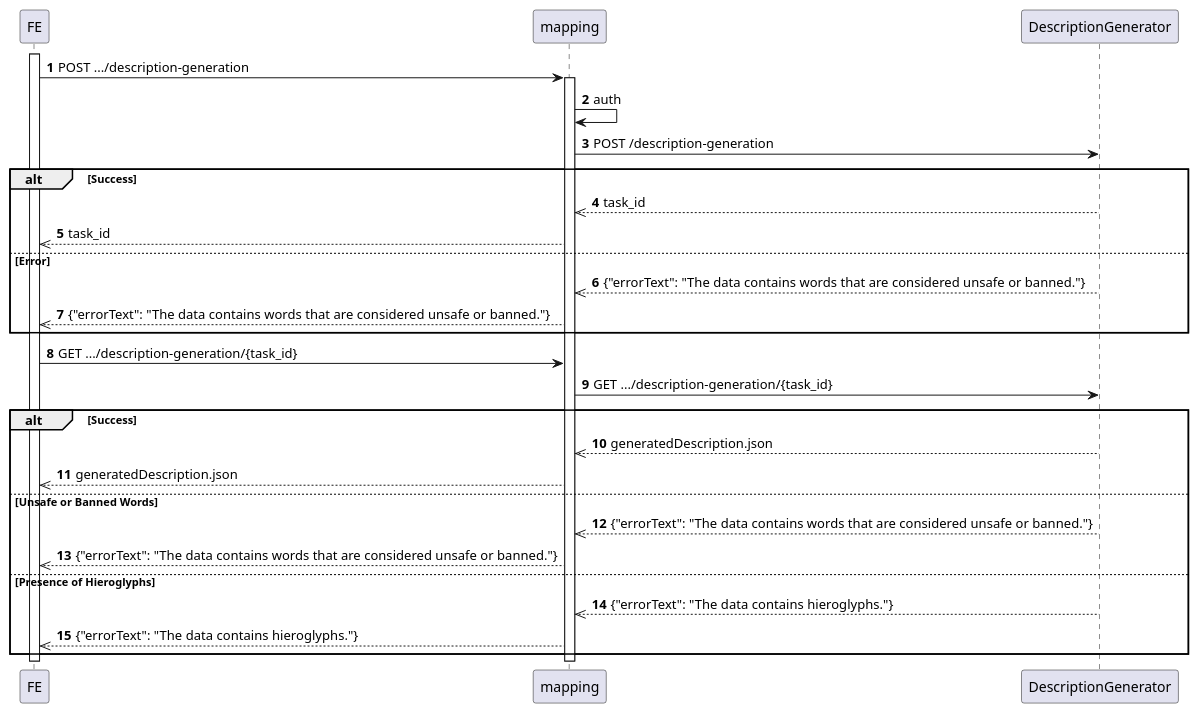
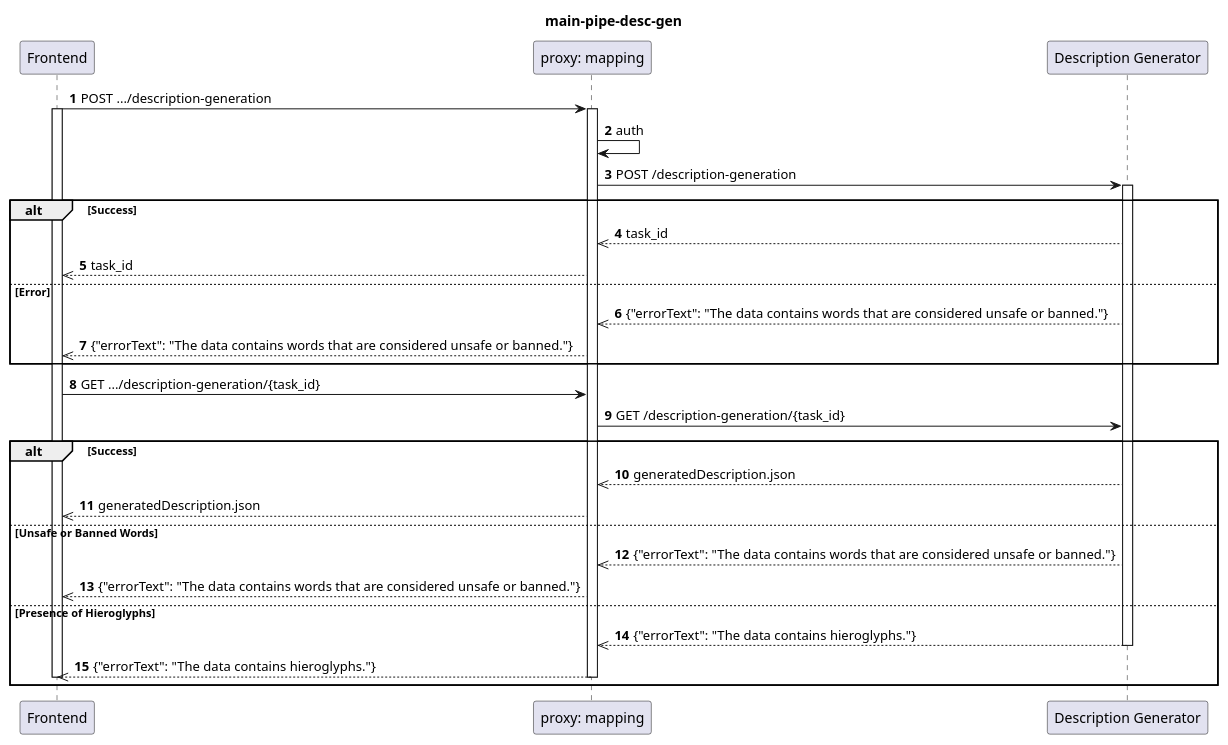
One commit to edfromomsk/cd-5935-description-gen changed the diagram in main-pipe-desc-gen.puml. Above: the diagram before and after it, drawn with PlantUML. The commit also changed 2 other files, not shown here.

Commit message:
созданы новые диаграммы

```diff
--- a/main-pipe-desc-gen.puml
+++ b/main-pipe-desc-gen.puml
@@ -1,39 +1,42 @@
 @startuml
+title main-pipe-desc-gen
 autonumber
 
-participant FE
-participant mapping
-participant DesсriptionGenerator
+participant Frontend as FE
+participant "proxy: mapping" as map
+participant "Description Generator" as DG
 
+FE -> map: POST .../description-generation
 activate FE
-FE -> mapping: POST .../description-generation
-activate mapping
-mapping -> mapping: auth
-mapping -> DesсriptionGenerator: POST /description-generation
+activate map
+map -> map: auth
+map -> DG: POST /description-generation
+activate DG
 
 alt Success
-    DesсriptionGenerator -->> mapping: task_id
-    mapping -->> FE: task_id
+    DG -->> map: task_id
+    map -->> FE: task_id
 else Error
-    DesсriptionGenerator -->> mapping: {"errorText": "The data contains words that are considered unsafe or banned."}
-    mapping -->> FE: {"errorText": "The data contains words that are considered unsafe or banned."}
+    DG -->> map: {"errorText": "The data contains words that are considered unsafe or banned."}
+    map -->> FE: {"errorText": "The data contains words that are considered unsafe or banned."}
 end
 
-FE -> mapping: GET .../description-generation/{task_id}
-mapping -> DesсriptionGenerator: GET .../description-generation/{task_id}
+FE -> map: GET .../description-generation/{task_id}
+map -> DG: GET /description-generation/{task_id}
 
 alt Success
-    DesсriptionGenerator -->> mapping: generatedDescription.json
-    mapping -->> FE: generatedDescription.json
+    DG -->> map: generatedDescription.json
+    map -->> FE: generatedDescription.json
 else Unsafe or Banned Words
-    DesсriptionGenerator -->> mapping: {"errorText": "The data contains words that are considered unsafe or banned."}
-    mapping -->> FE: {"errorText": "The data contains words that are considered unsafe or banned."}
+    DG -->> map: {"errorText": "The data contains words that are considered unsafe or banned."}
+    map -->> FE: {"errorText": "The data contains words that are considered unsafe or banned."}
 else Presence of Hieroglyphs
-    DesсriptionGenerator -->> mapping: {"errorText": "The data contains hieroglyphs."}
-    mapping -->> FE: {"errorText": "The data contains hieroglyphs."}
+    DG -->> map: {"errorText": "The data contains hieroglyphs."}
+    deactivate DG
+    map -->> FE: {"errorText": "The data contains hieroglyphs."}
+deactivate map
+deactivate FE
 end
 
-deactivate mapping
-deactivate FE
 
 @enduml
```
